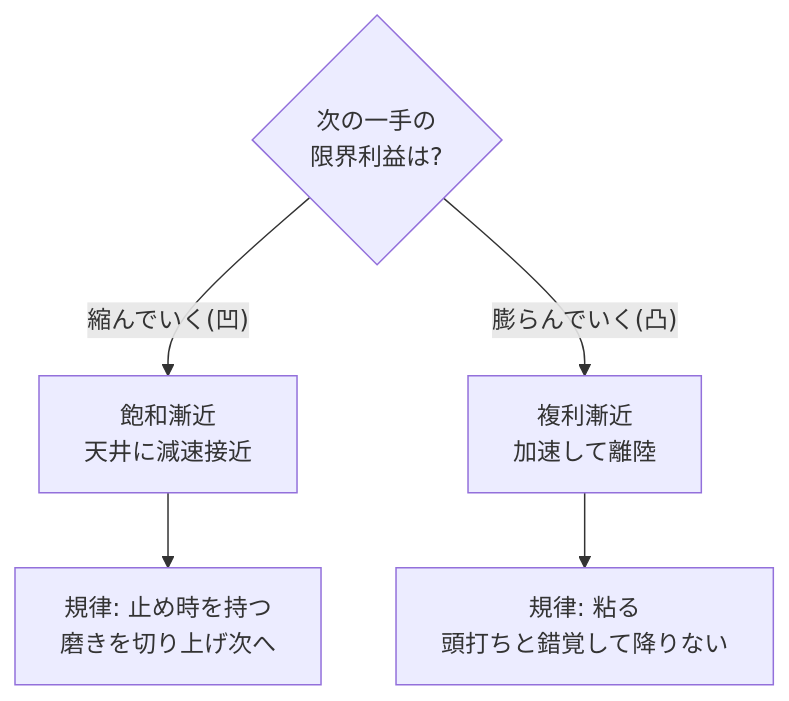
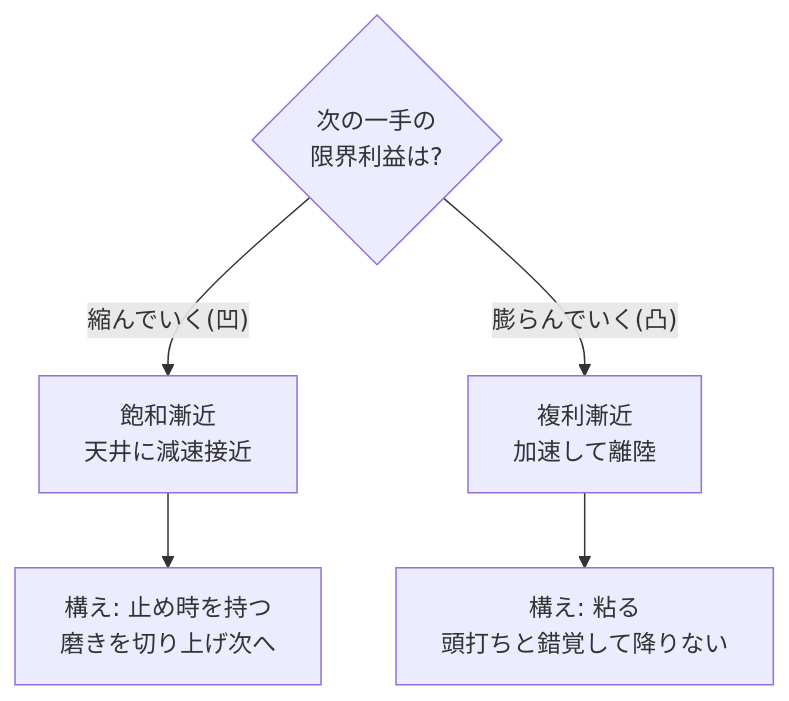
Before and after one commit to O6lvl4/O6lvl4-knowledge: the diagram in vault/asymptotic.md, drawn with Mermaid. The commit also changed other lines of this file, not shown here.

````diff
--- a/vault/asymptotic.md
+++ b/vault/asymptotic.md
@@ -24,8 +24,8 @@
 ```mermaid
 flowchart TD
     Q{"次の一手の<br/>限界利益は?"}
     Q -->|"縮んでいく(凹)"| S["飽和漸近<br/>天井に減速接近"]
     Q -->|"膨らんでいく(凸)"| C["複利漸近<br/>加速して離陸"]
-    S --> Sr["規律: 止め時を持つ<br/>磨きを切り上げ次へ"]
-    C --> Cr["規律: 粘る<br/>頭打ちと錯覚して降りない"]
+    S --> Sr["構え: 止め時を持つ<br/>磨きを切り上げ次へ"]
+    C --> Cr["構え: 粘る<br/>頭打ちと錯覚して降りない"]
 ```
````
